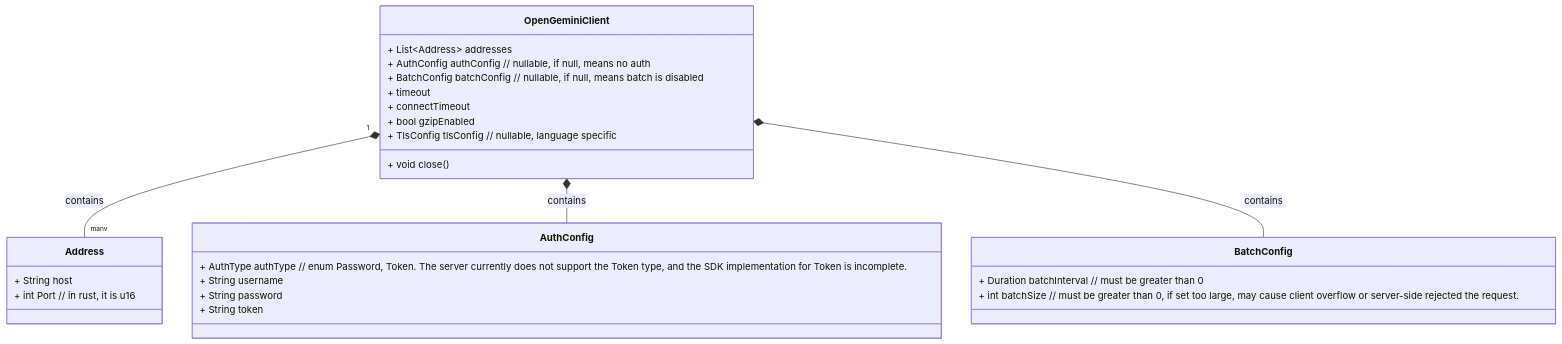
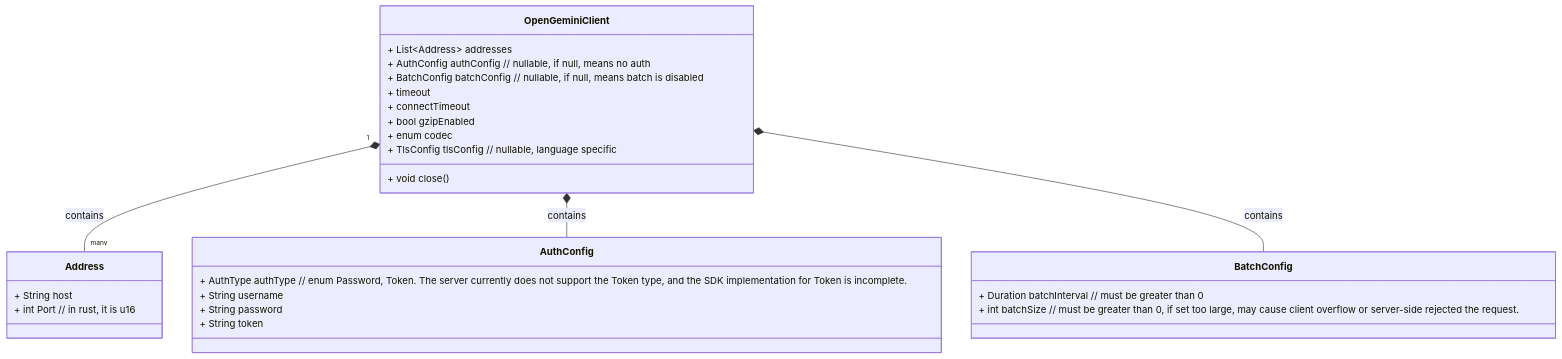
Before and after one commit to openGemini/openGemini.github.io: the first of 9 diagrams in src/guide/develop/client_design.md, drawn with Mermaid. The commit also changed 1 other file, not shown here.

Commit message:
docs(go-client): update config for create client with codec config (#136)

````diff
--- a/src/guide/develop/client_design.md
+++ b/src/guide/develop/client_design.md
@@ -21,34 +21,35 @@
 ```mermaid
 classDiagram
     class OpenGeminiClient {
         + List~Address~ addresses
         + AuthConfig authConfig // nullable, if null, means no auth
         + BatchConfig batchConfig // nullable, if null, means batch is disabled
         + timeout
         + connectTimeout
         + bool gzipEnabled
+        + enum codec
         + TlsConfig tlsConfig // nullable, language specific
         + void close()
     }
 
     class Address {
         + String host
         + int Port // in rust, it is u16
     }
 
     class AuthConfig {
         + AuthType authType // enum Password, Token. The server currently does not support the Token type, and the SDK implementation for Token is incomplete.
         + String username
         + String password
         + String token
     }
 
     class BatchConfig {
         + Duration batchInterval // must be greater than 0
         + int batchSize // must be greater than 0, if set too large, may cause client overflow or server-side rejected the request.
     }
 
     OpenGeminiClient "1" *-- "many" Address: contains
     OpenGeminiClient *-- AuthConfig: contains
     OpenGeminiClient *-- BatchConfig: contains
 ```
````
